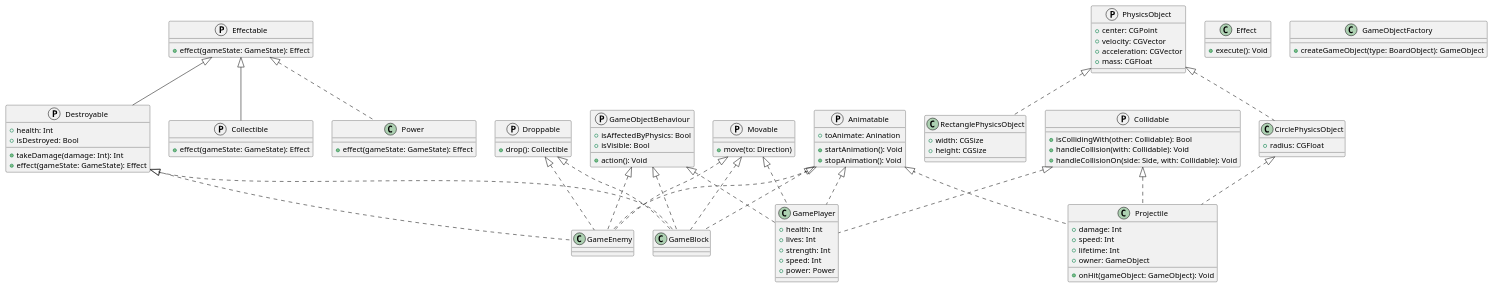
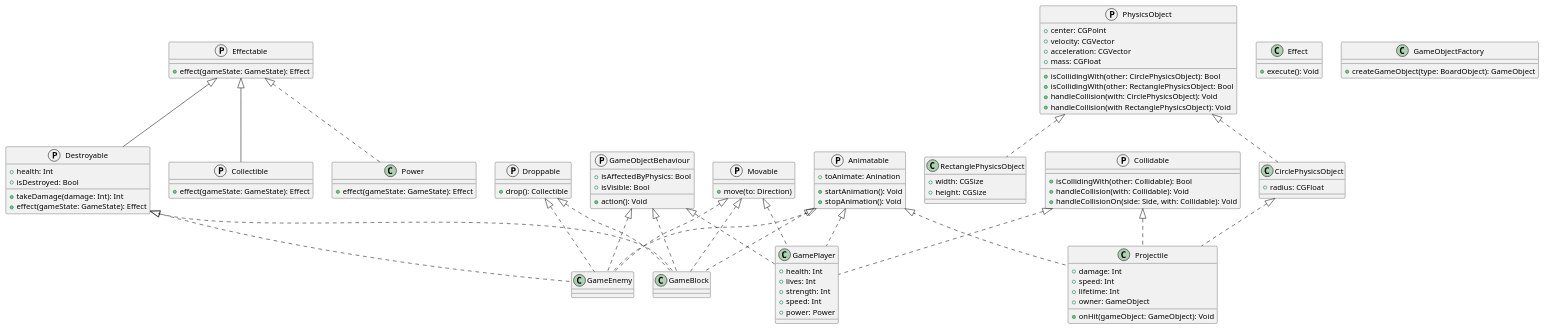
Before and after one commit to JCSnap/cs3217-sample-architecture: the diagram in plantuml/game.puml, drawn with PlantUML. The commit also changed 1 other file, not shown here.

```diff
--- a/plantuml/game.puml
+++ b/plantuml/game.puml
@@ -1,95 +1,101 @@
 @startuml
 
 protocol Effectable {
     +effect(gameState: GameState): Effect
 }
 
 protocol Animatable {
     +toAnimate: Anination
     +startAnimation(): Void
     +stopAnimation(): Void
 }
 
 protocol Destroyable extends Effectable {
     +health: Int
     +isDestroyed: Bool
     +takeDamage(damage: Int): Int
     +effect(gameState: GameState): Effect
 }
 
 protocol Collidable {
     +isCollidingWith(other: Collidable): Bool
     +handleCollision(with: Collidable): Void
     +handleCollisionOn(side: Side, with: Collidable): Void
 }
 
 protocol Movable {
     +move(to: Direction)
 }
 
 protocol Droppable {
     +drop(): Collectible
 }
 
 protocol Collectible extends Effectable {
     +effect(gameState: GameState): Effect
 }
 
 protocol GameObjectBehaviour {
     +isAffectedByPhysics: Bool
     +isVisible: Bool
 
     +action(): Void
 }
 
 class Power implements Effectable {
     +effect(gameState: GameState): Effect
 }
 
 class GameEnemy implements Destroyable, GameObjectBehaviour, Movable, Animatable, Droppable {
 }
 
 class GameBlock implements Destroyable, GameObjectBehaviour, Movable, Animatable, Droppable {
 }
 
 class Effect {
     +execute(): Void
 }
 
 class GamePlayer implements GameObjectBehaviour, Collidable, Movable, Animatable {
     +health: Int
     +lives: Int
     +strength: Int
     +speed: Int
     +power: Power
 }
 
 class Projectile implements CirclePhysicsObject, Collidable, Animatable {
     +damage: Int
     +speed: Int
     +lifetime: Int
     +owner: GameObject
     +onHit(gameObject: GameObject): Void
 }
 
 class GameObjectFactory {
     +createGameObject(type: BoardObject): GameObject
 }
 
 protocol PhysicsObject {
     +center: CGPoint
     +velocity: CGVector
     +acceleration: CGVector
     +mass: CGFloat
+
+    +isCollidingWith(other: CirclePhysicsObject): Bool
+    +isCollidingWith(other: RectanglePhysicsObject: Bool
+    +handleCollision(with: CirclePhysicsObject): Void
+    +handleCollision(with RectanglePhysicsObject): Void
+
 }
 
 class CirclePhysicsObject implements PhysicsObject {
     +radius: CGFloat
 }
 
 class RectanglePhysicsObject implements PhysicsObject {
     +width: CGSize
     +height: CGSize
 }
 
 @enduml
```
